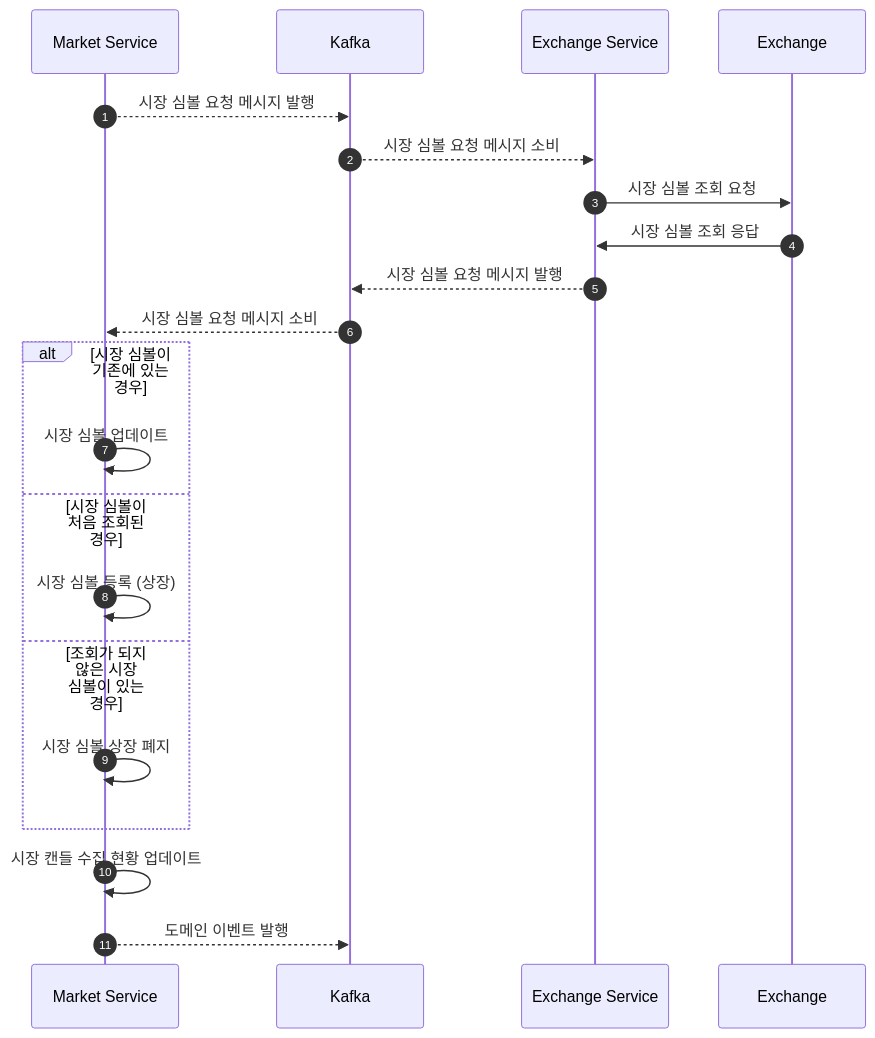
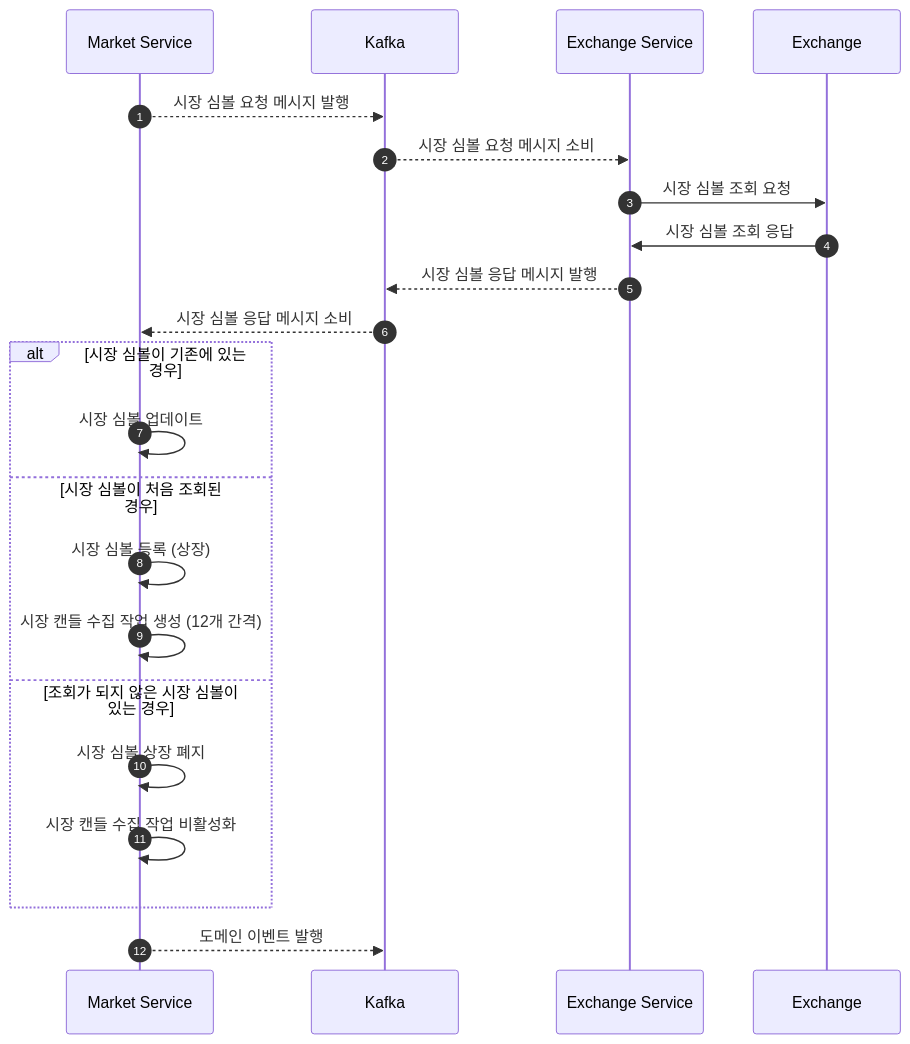
Before and after one commit to Trade-Pilot/.github: the first of 2 diagrams in backend/design/MarketService.md, drawn with Mermaid. The commit also changed other lines of this file, not shown here.

````diff
--- a/backend/design/MarketService.md
+++ b/backend/design/MarketService.md
@@ -77,28 +384,28 @@
 ```mermaid
 sequenceDiagram
     participant m as Market Service
     participant k as Kafka
     participant e as Exchange Service
     participant ex as Exchange
 
     autoNumber
 
     m -->> k : 시장 심볼 요청 메시지 발행
     k -->> e : 시장 심볼 요청 메시지 소비
     e ->> ex : 시장 심볼 조회 요청
     ex ->> e : 시장 심볼 조회 응답
-    e -->> k : 시장 심볼 요청 메시지 발행
-    k -->> m : 시장 심볼 요청 메시지 소비
+    e -->> k : 시장 심볼 응답 메시지 발행
+    k -->> m : 시장 심볼 응답 메시지 소비
 
     alt 시장 심볼이 기존에 있는 경우
         m ->> m : 시장 심볼 업데이트
     else 시장 심볼이 처음 조회된 경우
         m ->> m : 시장 심볼 등록 (상장)
+        m ->> m : 시장 캔들 수집 작업 생성 (12개 간격)
     else 조회가 되지 않은 시장 심볼이 있는 경우
         m ->> m : 시장 심볼 상장 폐지
+        m ->> m : 시장 캔들 수집 작업 비활성화
     end
-
-    m ->> m : 시장 캔들 수집 현황 업데이트
 
     m -->> k : 도메인 이벤트 발행
 ```
````
